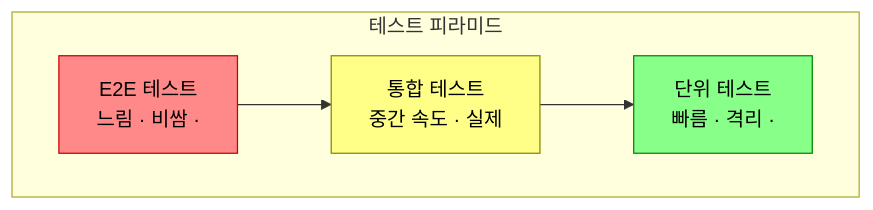
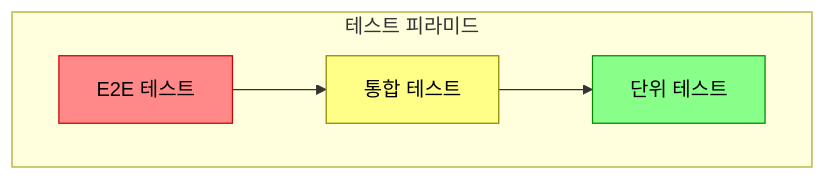
The first of 4 diagrams in _posts/test/2026-05-03-integration-testing.md (yjkim2015/yjkim2015.github.io), drawn with Mermaid before and after one commit. The commit also changed other lines of this file and 217 other files, not shown here.

First line of the commit message:
Mermaid 크기 수정: useMaxWidth:true + SVG max-width:100% + 라벨 축소

````diff
--- a/_posts/test/2026-05-03-integration-testing.md
+++ b/_posts/test/2026-05-03-integration-testing.md
@@ -20,12 +20,12 @@
 ```mermaid
 graph TD
     subgraph "테스트 피라미드"
-        E2E["E2E 테스트\n느림 · 비쌈 ·"]
-        INT["통합 테스트\n중간 속도 · 실제"]
-        UNIT["단위 테스트\n빠름 · 격리 ·"]
+        E2E["E2E 테스트"]
+        INT["통합 테스트"]
+        UNIT["단위 테스트"]
     end
     E2E --> INT --> UNIT
     style E2E fill:#f88,stroke:#c00,color:#000
     style INT fill:#ff8,stroke:#880,color:#000
     style UNIT fill:#8f8,stroke:#080,color:#000
 ```
````
